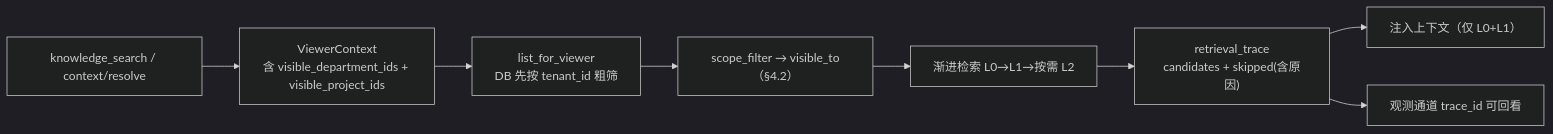
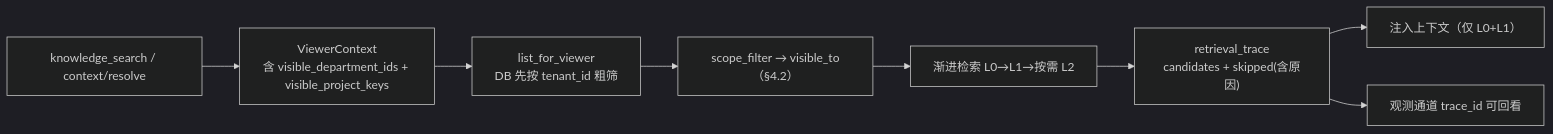
The third of 5 diagrams in specs/017-three-scope-memory/design-2026-11-05-project-department-scopes.md (cooper2006/mogo), drawn with Mermaid (dark theme) before and after one commit. The commit also changed other lines of this file and 2 other files, not shown here.

````diff
--- a/specs/017-three-scope-memory/design-2026-11-05-project-department-scopes.md
+++ b/specs/017-three-scope-memory/design-2026-11-05-project-department-scopes.md
@@ -361,10 +460,10 @@
 ```mermaid
 flowchart LR
-  A["knowledge_search / context/resolve"] --> B["ViewerContext<br/>含 visible_department_ids + visible_project_ids"]
+  A["knowledge_search / context/resolve"] --> B["ViewerContext<br/>含 visible_department_ids + visible_project_keys"]
   B --> C["list_for_viewer<br/>DB 先按 tenant_id 粗筛"]
   C --> D["scope_filter → visible_to（§4.2）"]
   D --> E["渐进检索 L0→L1→按需 L2"]
   E --> F["retrieval_trace<br/>candidates + skipped(含原因)"]
   F --> G["注入上下文（仅 L0+L1）"]
   F --> H["观测通道 trace_id 可回看"]
 ```
````
